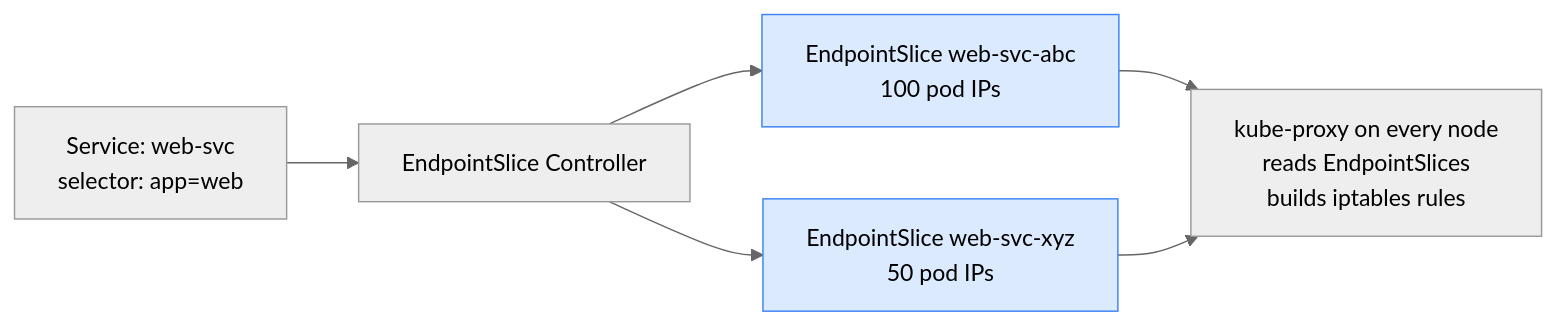
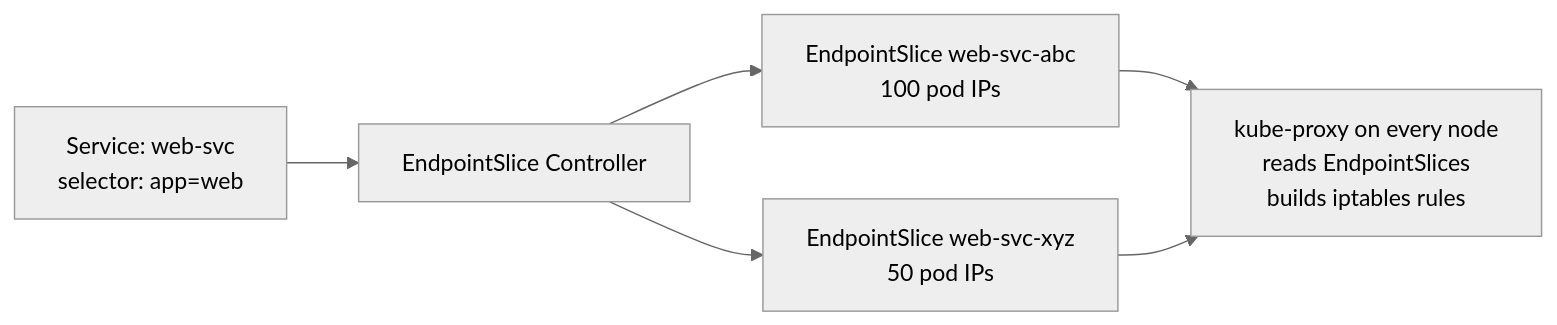
One commit to Gautam4424/k8slearn-content changed the sixth of 6 diagrams in content/cka/08-networking-services-dns-ingress-cni/overview/overview.md. Above: the diagram before and after it, drawn with Mermaid (neutral theme). The commit also changed other lines of this file and 40 other files, not shown here.

Commit message:
chore: fix mermaid style regex

````diff
--- a/content/cka/08-networking-services-dns-ingress-cni/overview/overview.md
+++ b/content/cka/08-networking-services-dns-ingress-cni/overview/overview.md
@@ -538,13 +529,10 @@
 ```mermaid
 flowchart LR
     SVC["Service: web-svc\nselector: app=web"]
     CTRL["EndpointSlice Controller"]
     ES1["EndpointSlice web-svc-abc\n100 pod IPs"]
     ES2["EndpointSlice web-svc-xyz\n50 pod IPs"]
     KP["kube-proxy on every node\nreads EndpointSlices\nbuilds iptables rules"]
 
     SVC --> CTRL --> ES1 & ES2 --> KP
-
-    style ES1 fill:#dbeafe,stroke:#3b82f6
-    style ES2 fill:#dbeafe,stroke:#3b82f6
 ```
````
